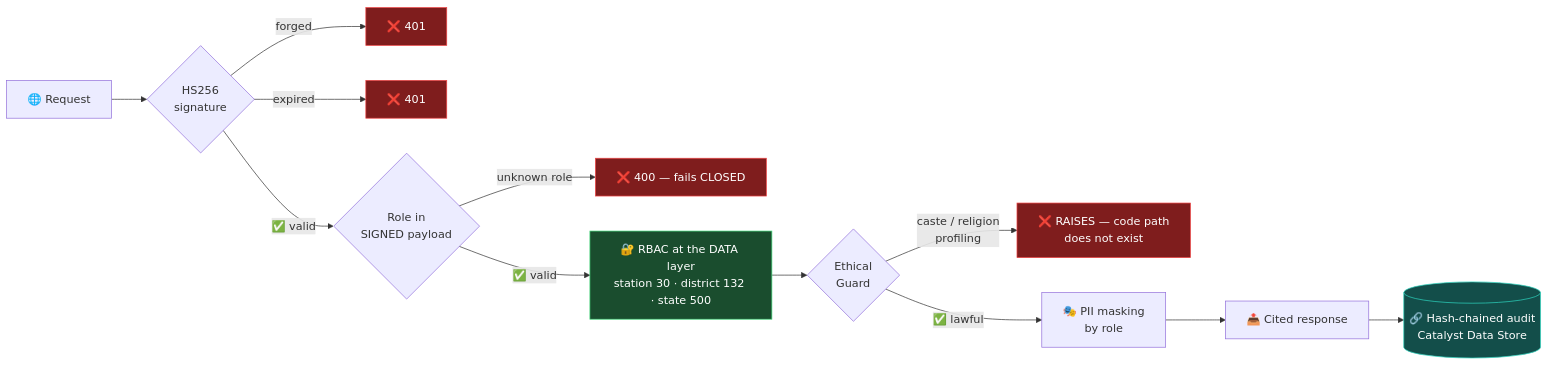
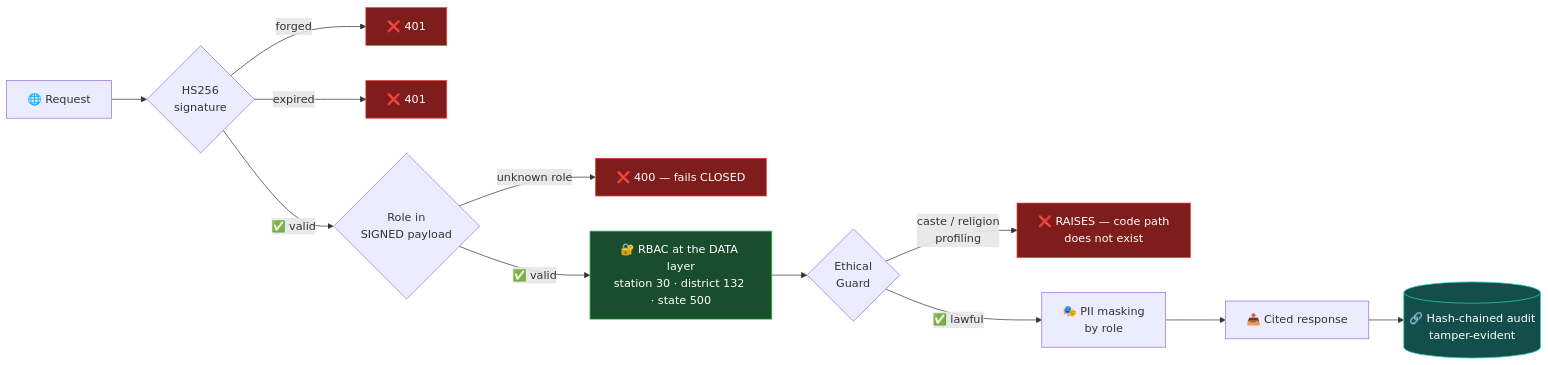
Before and after one commit to SakethSumanBathini/KSP_DATATHON: the second of 3 diagrams in README.md, drawn with Mermaid. The commit also changed other lines of this file and 7 other files, not shown here.

````diff
--- a/README.md
+++ b/README.md
@@ -194,21 +194,21 @@
 ```mermaid
 flowchart LR
     R["🌐 Request"] --> A{"HS256<br/>signature"}
     A -->|"forged"| X1["❌ 401"]
     A -->|"expired"| X2["❌ 401"]
     A -->|"✅ valid"| B{"Role in<br/>SIGNED payload"}
     B -->|"unknown role"| X3["❌ 400 — fails CLOSED"]
     B -->|"✅ valid"| C["🔐 RBAC at the DATA layer<br/>station 30 · district 132 · state 500"]
     C --> D{"Ethical<br/>Guard"}
     D -->|"caste / religion<br/>profiling"| X4["❌ RAISES — code path<br/>does not exist"]
     D -->|"✅ lawful"| E["🎭 PII masking<br/>by role"]
     E --> F["📤 Cited response"]
-    F --> G[("🔗 Hash-chained audit<br/>Catalyst Data Store")]
+    F --> G[("🔗 Hash-chained audit<br/>tamper-evident")]
 
     style X1 fill:#7f1d1d,stroke:#ef4444,color:#fff
     style X2 fill:#7f1d1d,stroke:#ef4444,color:#fff
     style X3 fill:#7f1d1d,stroke:#ef4444,color:#fff
     style X4 fill:#7f1d1d,stroke:#ef4444,color:#fff
     style C fill:#1a4d2e,stroke:#4ade80,color:#fff
     style G fill:#134e4a,stroke:#2dd4bf,color:#fff
 ```
````
